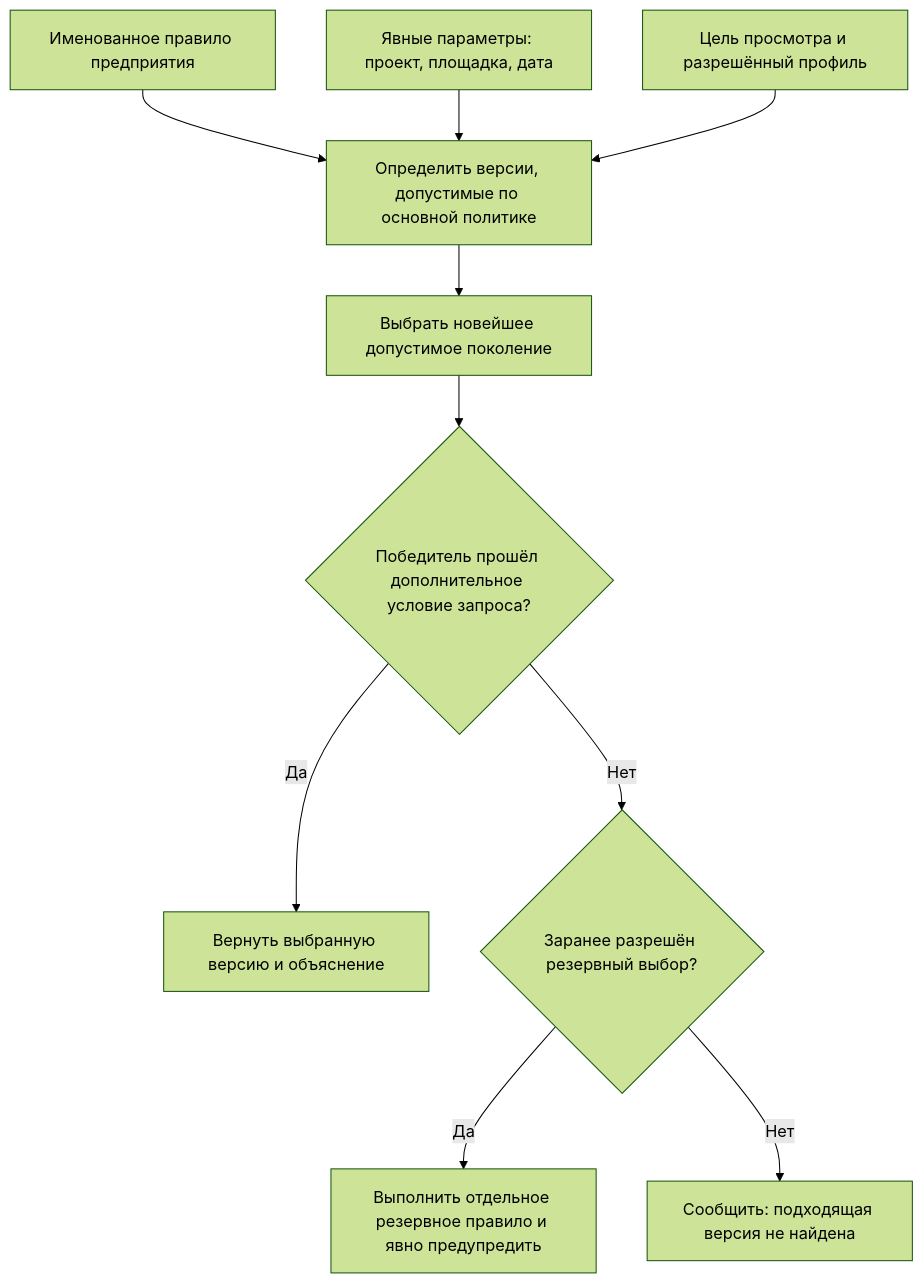
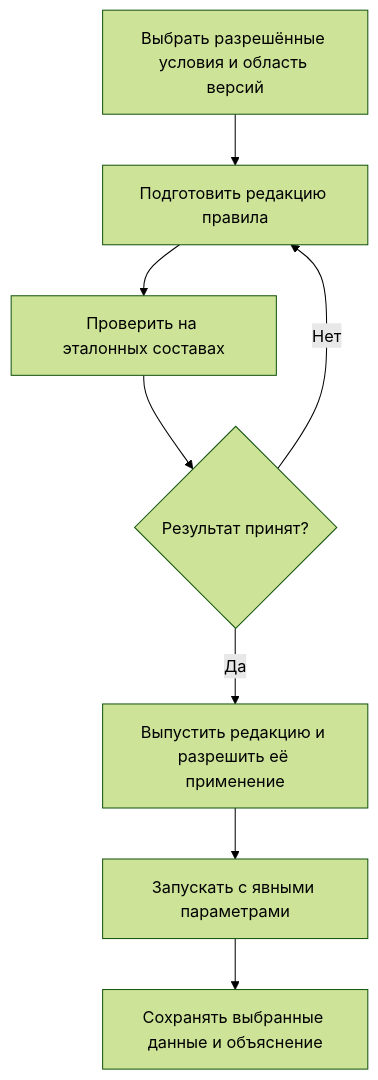
One commit to ZelAnton/Interlink-product-book changed the first of 2 diagrams in docs/version-selection/10-custom-selection-rule.md. Above: the diagram before and after it, drawn with Mermaid (forest theme). The commit also changed other lines of this file and 231 other files, not shown here.

````diff
--- a/docs/version-selection/10-custom-selection-rule.md
+++ b/docs/version-selection/10-custom-selection-rule.md
@@ -41,12 +37,10 @@
 ```mermaid
 flowchart TD
-    A["Именованное правило предприятия"] --> D["Определить версии, допустимые по основной политике"]
-    B["Явные параметры: проект, площадка, дата"] --> D
-    C["Цель просмотра и разрешённый профиль"] --> D
-    D --> E["Выбрать новейшее допустимое поколение"]
-    E --> F{"Победитель прошёл дополнительное условие запроса?"}
-    F -->|"Да"| G["Вернуть выбранную версию и объяснение"]
-    F -->|"Нет"| H{"Заранее разрешён резервный выбор?"}
-    H -->|"Да"| I["Выполнить отдельное резервное правило и явно предупредить"]
-    H -->|"Нет"| J["Сообщить: подходящая версия не найдена"]
+    A["Выбрать разрешённые условия и область версий"] --> B["Подготовить редакцию правила"]
+    B --> C["Проверить на эталонных составах"]
+    C --> D{"Результат принят?"}
+    D -->|Нет| B
+    D -->|Да| E["Выпустить редакцию и разрешить её применение"]
+    E --> F["Запускать с явными параметрами"]
+    F --> G["Сохранять выбранные данные и объяснение"]
 ```
````
